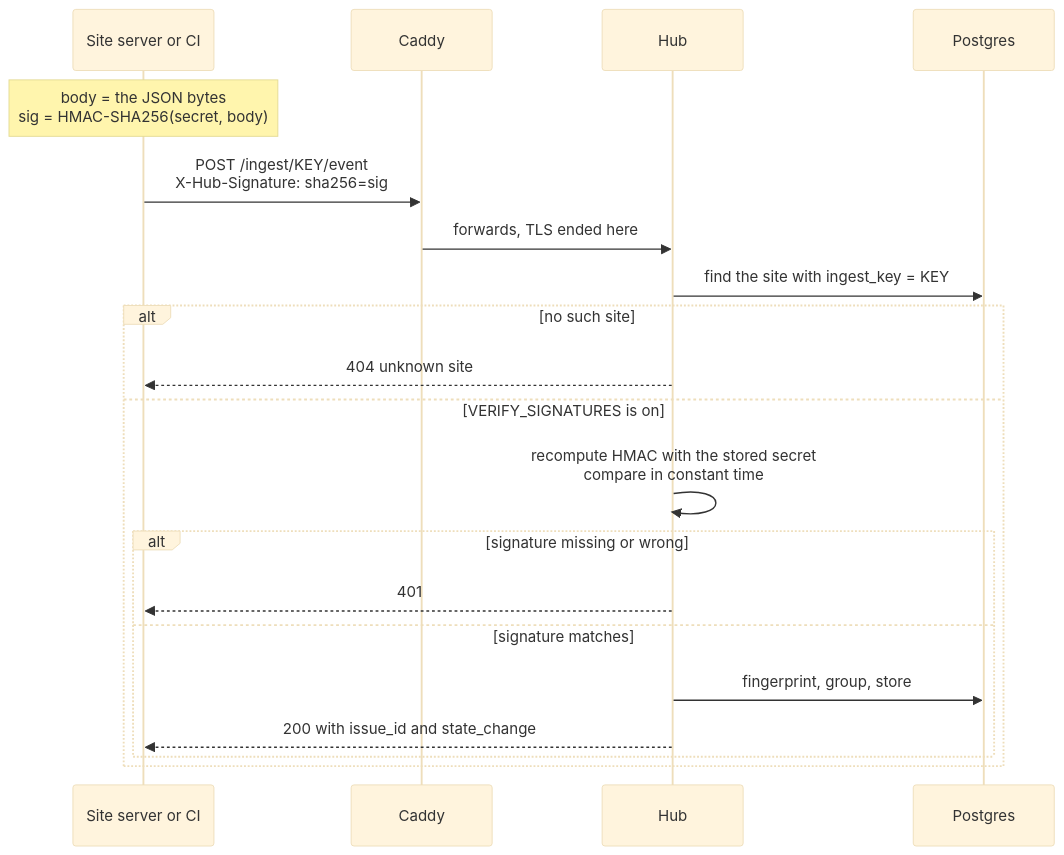
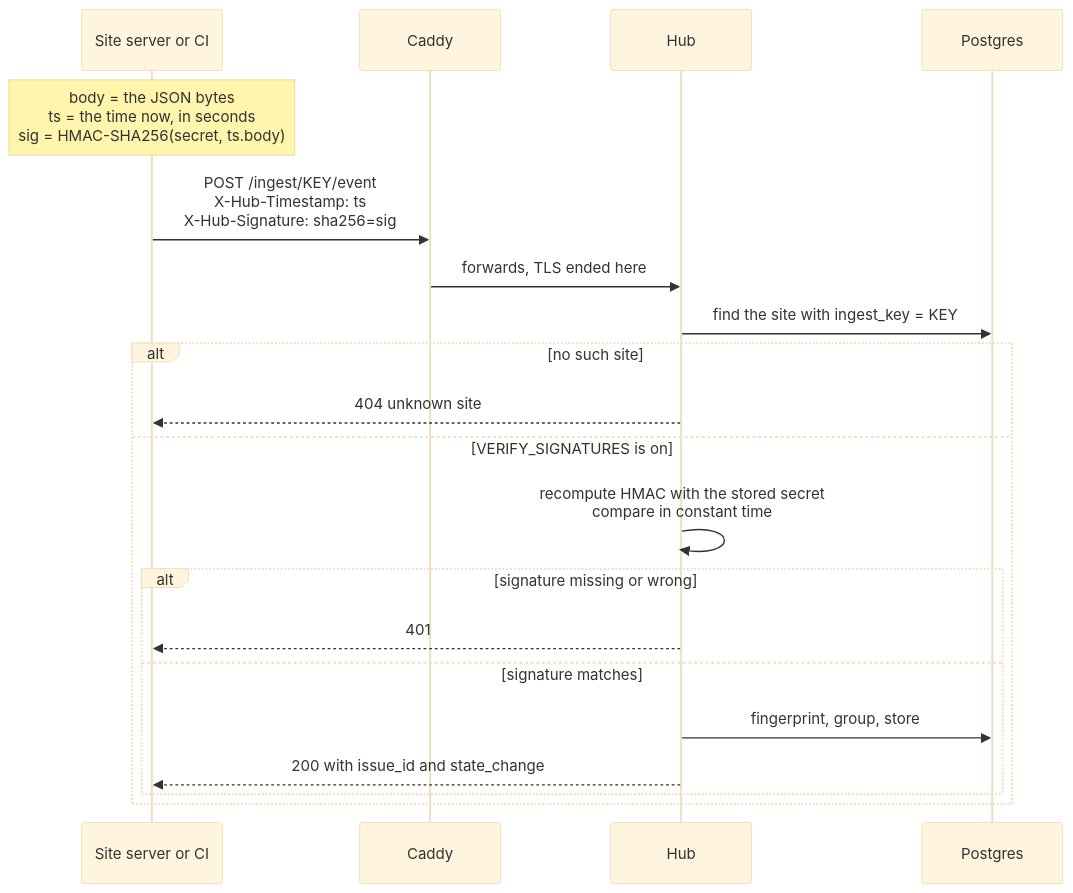
One commit to em-brandon/Nightjar changed the second of 6 diagrams in docs/KEYS.md. Above: the diagram before and after it, drawn with Mermaid (base theme). The commit also changed other lines of this file and 8 other files, not shown here.

````diff
--- a/docs/KEYS.md
+++ b/docs/KEYS.md
@@ -59,23 +59,23 @@
 ```mermaid
 sequenceDiagram
     participant App as Site server or CI
     participant Caddy
     participant Hub
     participant DB as Postgres
 
-    Note over App: body = the JSON bytes<br/>sig = HMAC-SHA256(secret, body)
-    App->>Caddy: POST /ingest/KEY/event<br/>X-Hub-Signature: sha256=sig
+    Note over App: body = the JSON bytes<br/>ts = the time now, in seconds<br/>sig = HMAC-SHA256(secret, ts.body)
+    App->>Caddy: POST /ingest/KEY/event<br/>X-Hub-Timestamp: ts<br/>X-Hub-Signature: sha256=sig
     Caddy->>Hub: forwards, TLS ended here
     Hub->>DB: find the site with ingest_key = KEY
     alt no such site
         Hub-->>App: 404 unknown site
     else VERIFY_SIGNATURES is on
         Hub->>Hub: recompute HMAC with the stored secret<br/>compare in constant time
         alt signature missing or wrong
             Hub-->>App: 401
         else signature matches
             Hub->>DB: fingerprint, group, store
             Hub-->>App: 200 with issue_id and state_change
         end
     end
 ```
````
